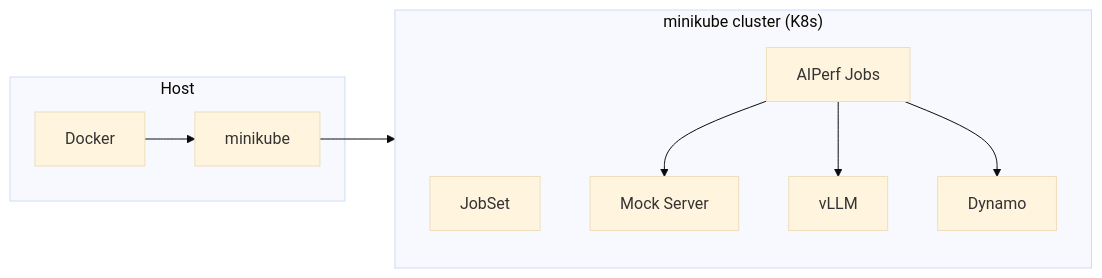
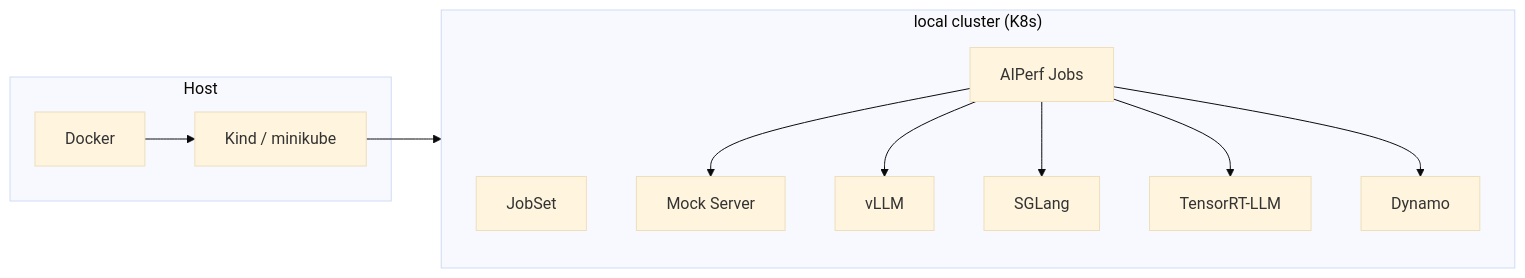
One commit to ai-dynamo/aiperf changed the first of 2 diagrams in dev/README.md. Above: the diagram before and after it, drawn with Mermaid (base theme). The commit also changed other lines of this file and 44 other files, not shown here.

````diff
--- a/dev/README.md
+++ b/dev/README.md
@@ -62,19 +66,23 @@
 ```mermaid
 flowchart LR
   subgraph Host
     Docker[Docker]
-    Minikube[minikube]
+    Runtime[Kind / minikube]
   end
-  subgraph Cluster["minikube cluster (K8s)"]
+  subgraph Cluster["local cluster (K8s)"]
     JobSet[JobSet]
     Mock[Mock Server]
     vLLM[vLLM]
+    SGLang[SGLang]
+    TRTLLM[TensorRT-LLM]
     Dynamo[Dynamo]
     AIPerf[AIPerf Jobs]
   end
-  Docker --> Minikube
-  Minikube --> Cluster
+  Docker --> Runtime
+  Runtime --> Cluster
   AIPerf --> Mock
   AIPerf --> vLLM
+  AIPerf --> SGLang
+  AIPerf --> TRTLLM
   AIPerf --> Dynamo
 ```
````
